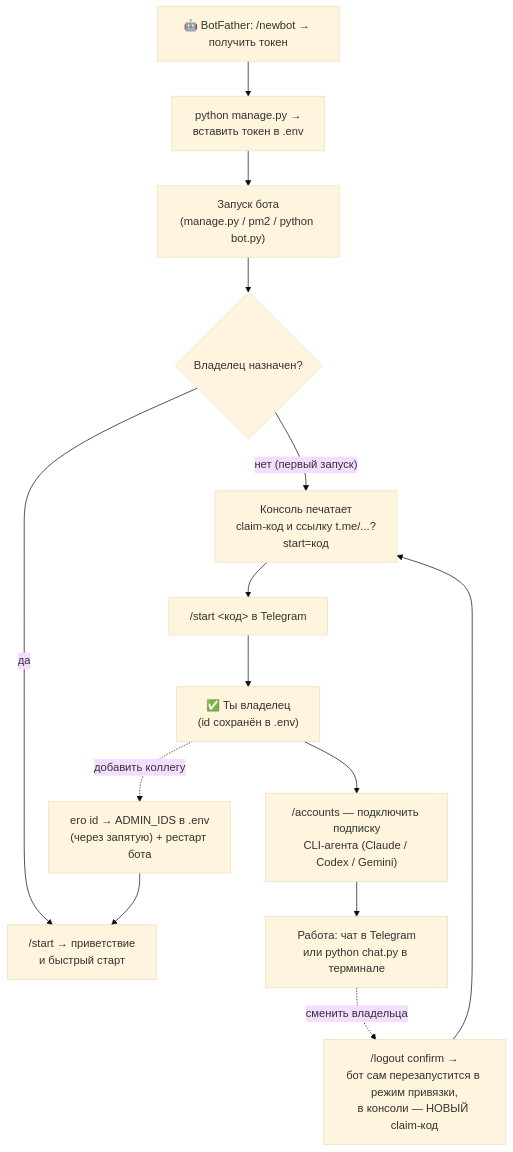
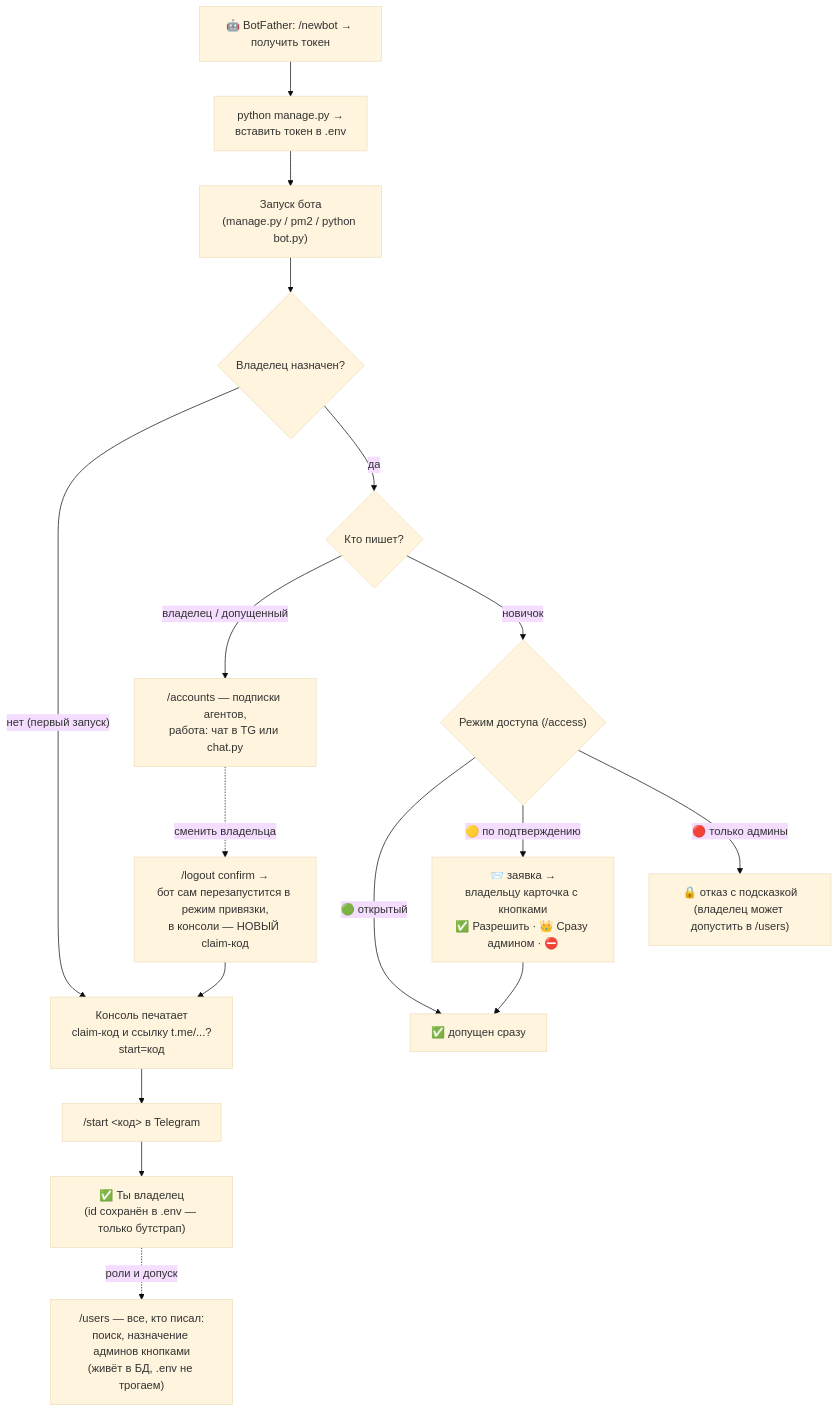
Before and after one commit to Creative-Agency-Here/HereAssistant: the diagram in docs/onboarding.md, drawn with Mermaid (base theme). The commit also changed other lines of this file and 16 other files, not shown here.

````diff
--- a/docs/onboarding.md
+++ b/docs/onboarding.md
@@ -6,16 +6,19 @@
 ```mermaid
 flowchart TD
     A["🤖 BotFather: /newbot → получить токен"] --> B["python manage.py →\nвставить токен в .env"]
     B --> C["Запуск бота\n(manage.py / pm2 / python bot.py)"]
     C --> D{"Владелец назначен?"}
     D -- "нет (первый запуск)" --> E["Консоль печатает\nclaim-код и ссылку t.me/...?start=код"]
     E --> F["/start &lt;код&gt; в Telegram"]
-    F --> G["✅ Ты владелец\n(id сохранён в .env)"]
-    D -- да --> H["/start → приветствие\nи быстрый старт"]
-    G --> I["/accounts — подключить подписку\nCLI-агента (Claude / Codex / Gemini)"]
-    I --> J["Работа: чат в Telegram\nили python chat.py в терминале"]
-    G -. "добавить коллегу" .-> K["его id → ADMIN_IDS в .env\n(через запятую) + рестарт бота"]
-    K --> H
-    J -. "сменить владельца" .-> L["/logout confirm →\nбот сам перезапустится в режим привязки,\nв консоли — НОВЫЙ claim-код"]
+    F --> G["✅ Ты владелец\n(id сохранён в .env — только бутстрап)"]
+    D -- да --> H{"Кто пишет?"}
+    H -- "владелец / допущенный" --> I["/accounts — подписки агентов,\nработа: чат в TG или chat.py"]
+    H -- "новичок" --> M{"Режим доступа (/access)"}
+    M -- "🟢 открытый" --> N["✅ допущен сразу"]
+    M -- "🟡 по подтверждению" --> O["📨 заявка →\nвладельцу карточка с кнопками\n✅ Разрешить · 👑 Сразу админом · ⛔"]
+    M -- "🔴 только админы" --> P["🔒 отказ с подсказкой\n(владелец может допустить в /users)"]
+    O --> N
+    G -. "роли и допуск" .-> Q["/users — все, кто писал:\nпоиск, назначение админов кнопками\n(живёт в БД, .env не трогаем)"]
+    I -. "сменить владельца" .-> L["/logout confirm →\nбот сам перезапустится в режим привязки,\nв консоли — НОВЫЙ claim-код"]
     L --> E
 ```
````
